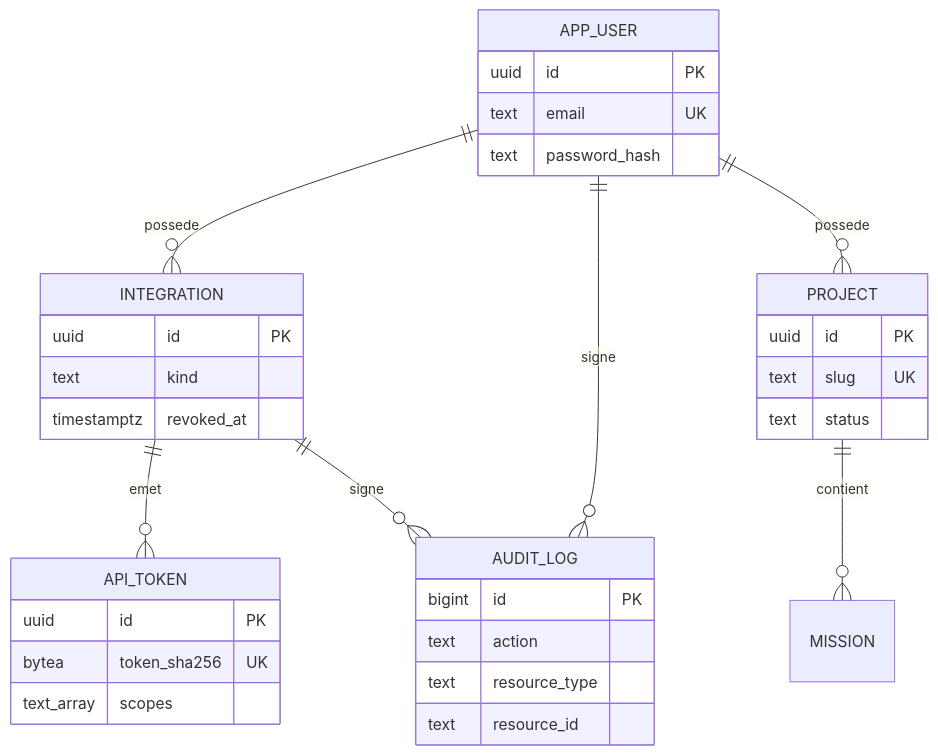
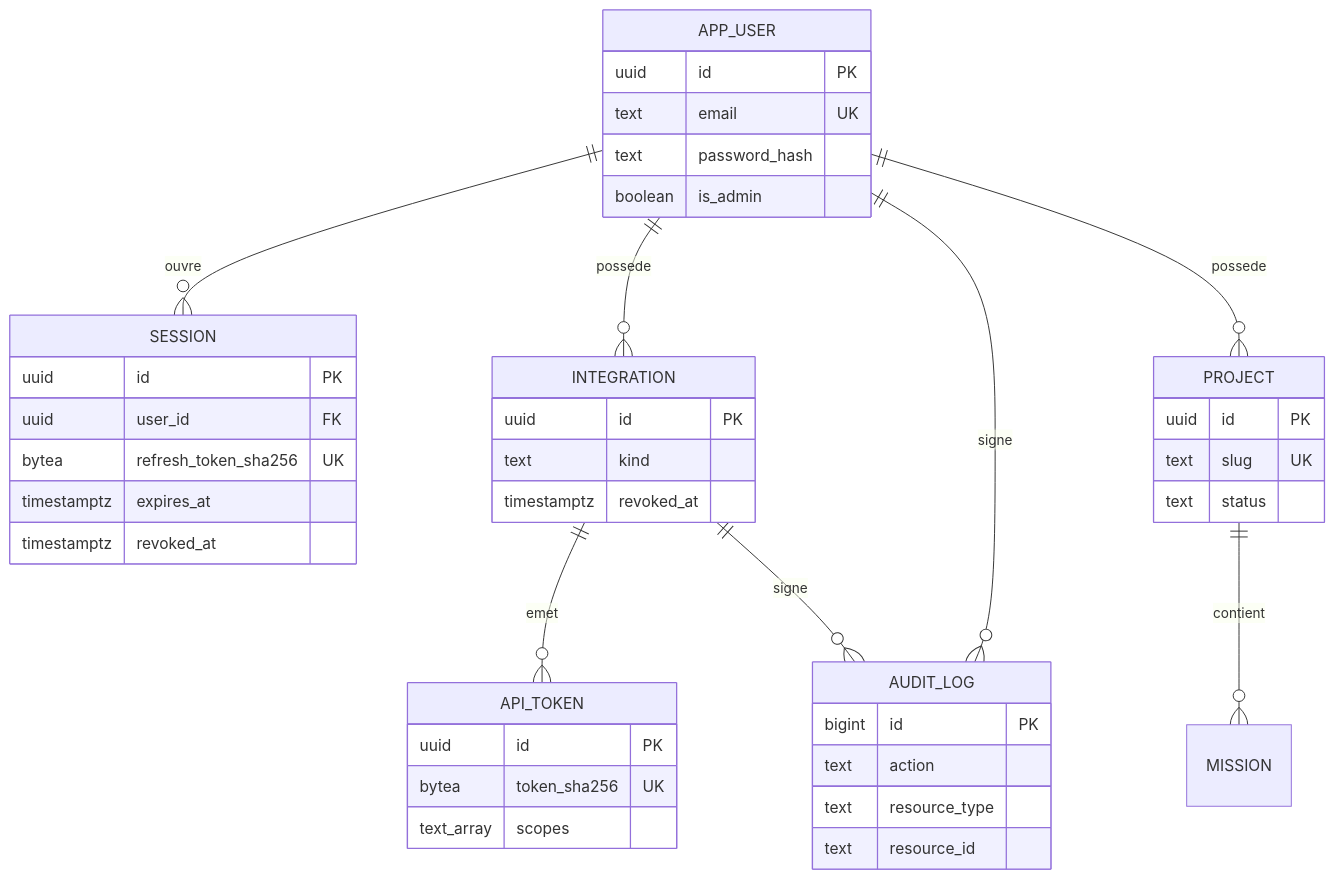
One commit to devmail0561-web/workhub changed the first of 3 diagrams in docs/specs/schema-v0.md. Above: the diagram before and after it, drawn with Mermaid. The commit also changed other lines of this file and 40 other files, not shown here.

````diff
--- a/docs/specs/schema-v0.md
+++ b/docs/specs/schema-v0.md
@@ -28,36 +28,45 @@
 ```mermaid
 erDiagram
+    APP_USER ||--o{ SESSION : ouvre
     APP_USER ||--o{ INTEGRATION : possede
     INTEGRATION ||--o{ API_TOKEN : emet
     APP_USER ||--o{ PROJECT : possede
     PROJECT ||--o{ MISSION : contient
     INTEGRATION ||--o{ AUDIT_LOG : signe
     APP_USER ||--o{ AUDIT_LOG : signe
 
     APP_USER {
         uuid id PK
         text email UK
         text password_hash
+        boolean is_admin
+    }
+    SESSION {
+        uuid id PK
+        uuid user_id FK
+        bytea refresh_token_sha256 UK
+        timestamptz expires_at
+        timestamptz revoked_at
     }
     INTEGRATION {
         uuid id PK
         text kind
         timestamptz revoked_at
     }
     API_TOKEN {
         uuid id PK
         bytea token_sha256 UK
         text_array scopes
     }
     PROJECT {
         uuid id PK
         text slug UK
         text status
     }
     AUDIT_LOG {
         bigint id PK
         text action
         text resource_type
         text resource_id
     }
 ```
````
